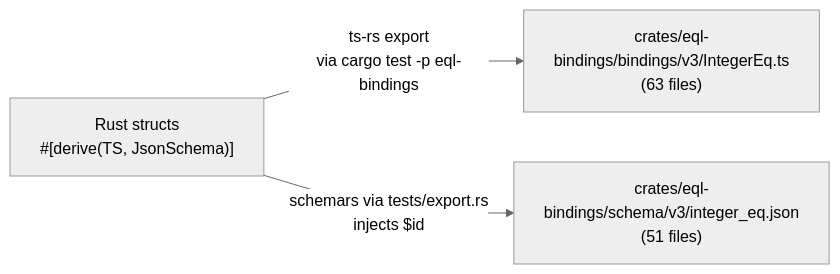
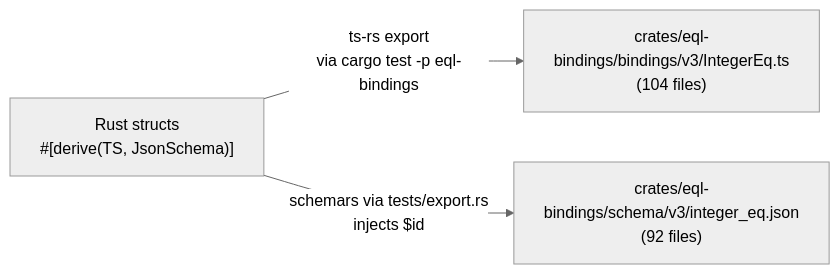
Before and after one commit to cipherstash/encrypt-query-language: the ninth of 15 diagrams in docs/reference/catalog-driven-architecture.md, drawn with Mermaid (neutral theme). The commit also changed other lines of this file and 15 other files, not shown here.

````diff
--- a/docs/reference/catalog-driven-architecture.md
+++ b/docs/reference/catalog-driven-architecture.md
@@ -441,5 +464,5 @@
 ```mermaid
 flowchart LR
-    RS["Rust structs<br/>#[derive(TS, JsonSchema)]"] -->|ts-rs export<br/>via cargo test -p eql-bindings| TS["crates/eql-bindings/bindings/v3/IntegerEq.ts<br/>(63 files)"]
-    RS -->|schemars via tests/export.rs<br/>injects $id| JS["crates/eql-bindings/schema/v3/integer_eq.json<br/>(51 files)"]
+    RS["Rust structs<br/>#[derive(TS, JsonSchema)]"] -->|ts-rs export<br/>via cargo test -p eql-bindings| TS["crates/eql-bindings/bindings/v3/IntegerEq.ts<br/>(104 files)"]
+    RS -->|schemars via tests/export.rs<br/>injects $id| JS["crates/eql-bindings/schema/v3/integer_eq.json<br/>(92 files)"]
 ```
````
